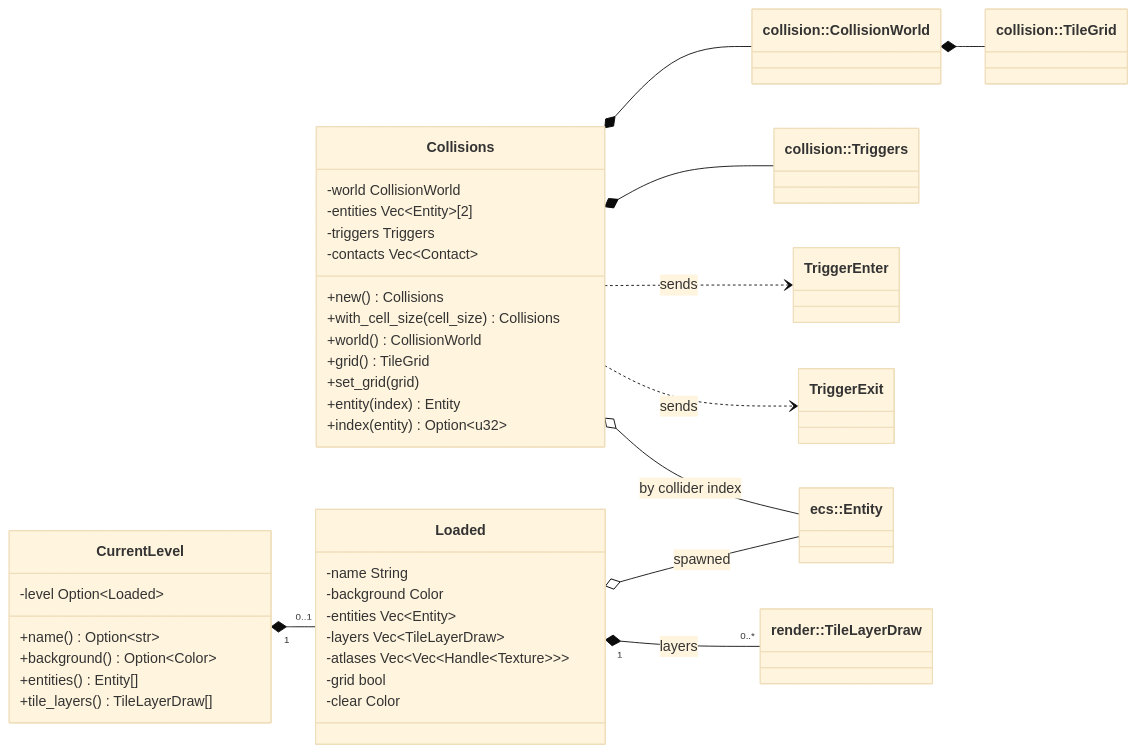
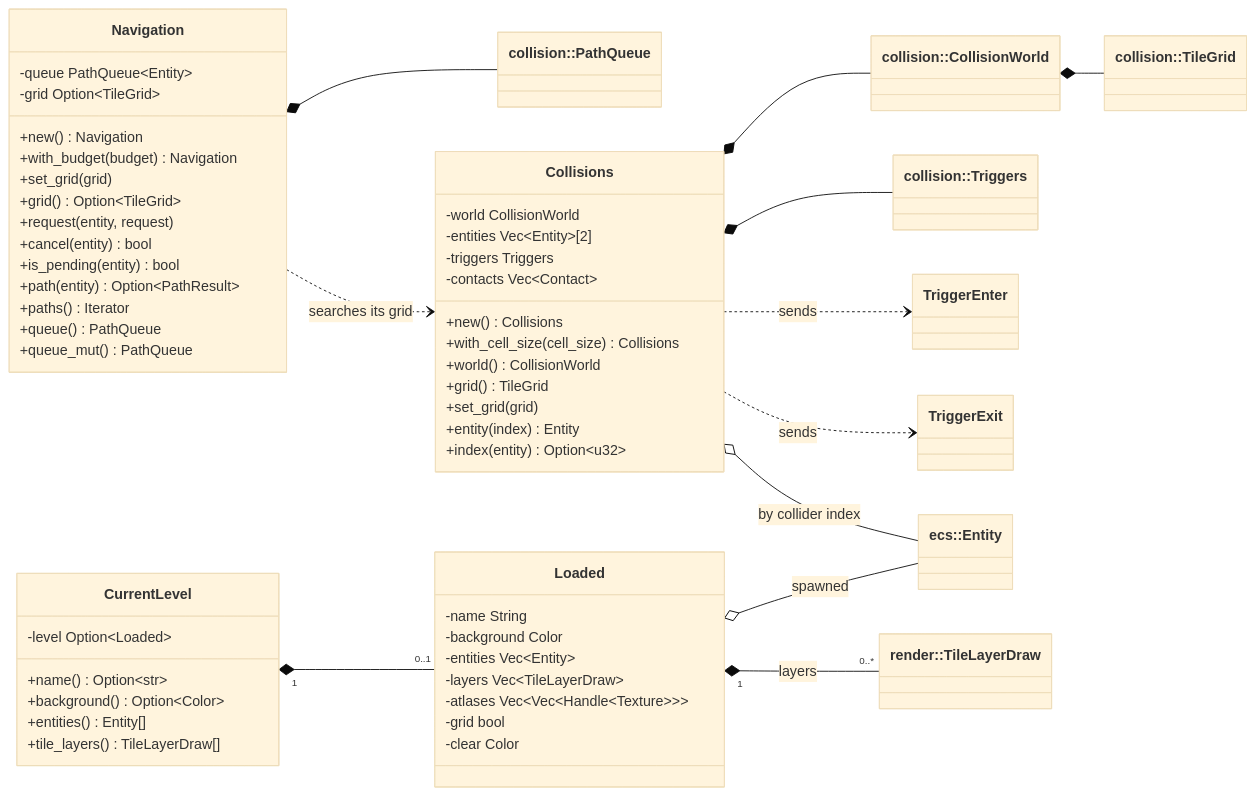
Before and after one commit to jabbott-iii/Nadir: diagram 33 of 37 in diagrams/class-diagram.md, drawn with Mermaid (base theme). The commit also changed other lines of this file and 26 other files, not shown here.

First line of the commit message:
M9.5 collision, bench, facade and sandbox: paths and enemy AI

````diff
--- a/diagrams/class-diagram.md
+++ b/diagrams/class-diagram.md
@@ -2519,49 +2598,67 @@
 ```mermaid
 classDiagram
     direction LR
     class Collisions {
         -world CollisionWorld
         -entities Vec~Entity~[2]
         -triggers Triggers
         -contacts Vec~Contact~
         +new() Collisions
         +with_cell_size(cell_size) Collisions
         +world() CollisionWorld
         +grid() TileGrid
         +set_grid(grid)
         +entity(index) Entity
         +index(entity) Option~u32~
     }
+    class Navigation {
+        -queue PathQueue~Entity~
+        -grid Option~TileGrid~
+        +new() Navigation
+        +with_budget(budget) Navigation
+        +set_grid(grid)
+        +grid() Option~TileGrid~
+        +request(entity, request)
+        +cancel(entity) bool
+        +is_pending(entity) bool
+        +path(entity) Option~PathResult~
+        +paths() Iterator
+        +queue() PathQueue
+        +queue_mut() PathQueue
+    }
+    class PathQueue["collision::PathQueue"]
     class CurrentLevel {
         -level Option~Loaded~
         +name() Option~str~
         +background() Option~Color~
         +entities() Entity[]
         +tile_layers() TileLayerDraw[]
     }
     class Loaded {
         -name String
         -background Color
         -entities Vec~Entity~
         -layers Vec~TileLayerDraw~
         -atlases Vec~Vec~Handle~Texture~~~
         -grid bool
         -clear Color
     }
     class CollisionWorld["collision::CollisionWorld"]
     class Triggers["collision::Triggers"]
     class TileGrid["collision::TileGrid"]
     class TileLayerDraw["render::TileLayerDraw"]
     class Entity["ecs::Entity"]
     class TriggerEnter
     class TriggerExit
     Collisions *-- CollisionWorld
     Collisions *-- Triggers
     CollisionWorld *-- TileGrid
     Collisions ..> TriggerEnter : sends
     Collisions ..> TriggerExit : sends
     Collisions o-- Entity : by collider index
+    Navigation *-- PathQueue
+    Navigation ..> Collisions : searches its grid
     CurrentLevel "1" *-- "0..1" Loaded
     Loaded o-- Entity : spawned
     Loaded "1" *-- "0..*" TileLayerDraw : layers
 ```
````
